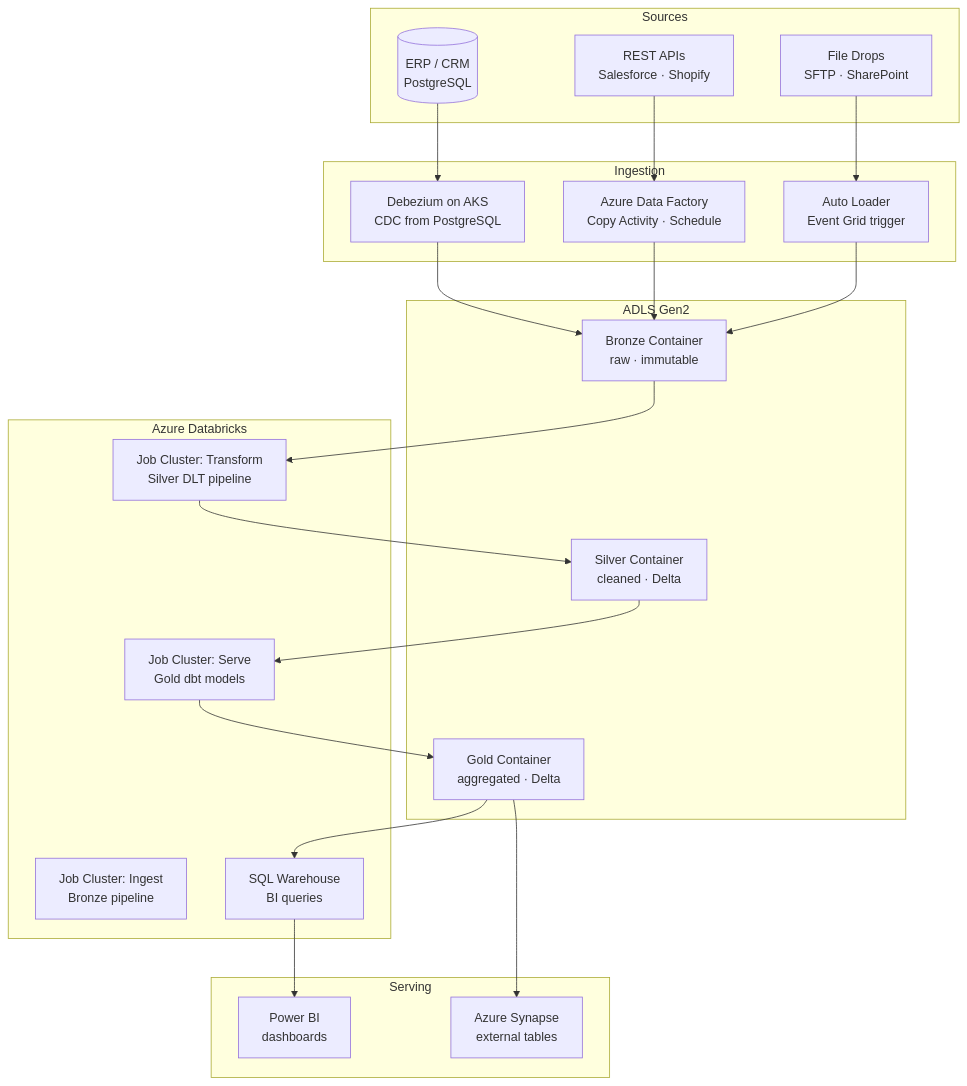
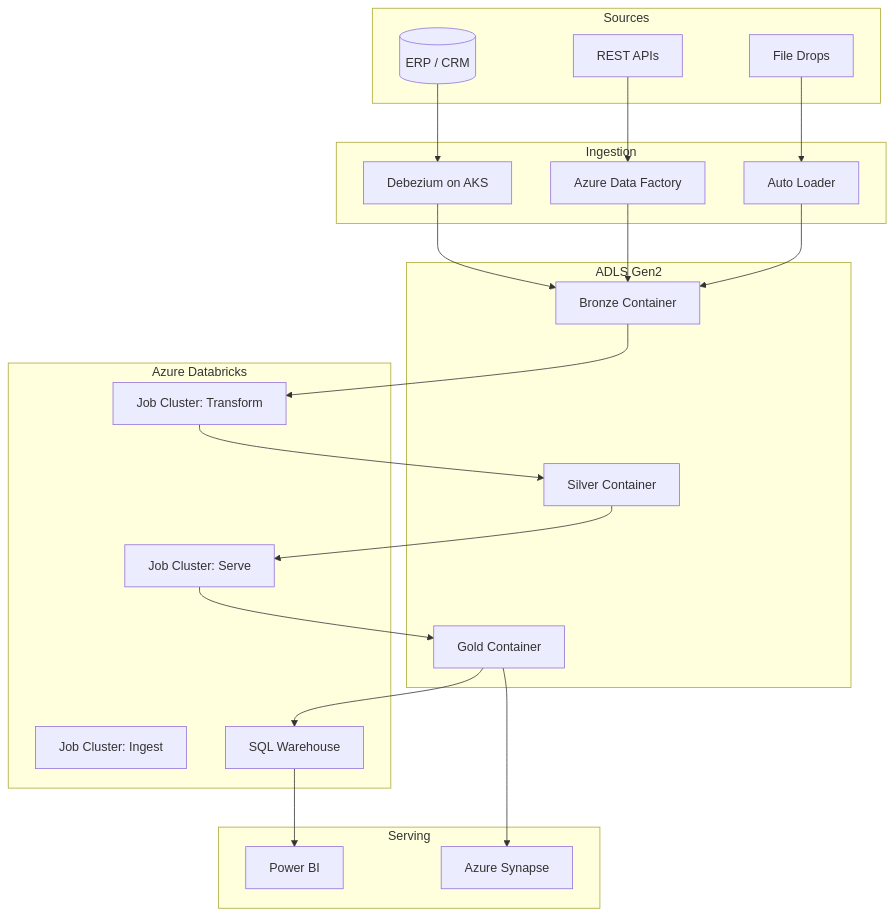
One commit to gcmishra7/data-engineering-helper changed the first of 4 diagrams in 05-databricks/10-reference-architectures.md. Above: the diagram before and after it, drawn with Mermaid. The commit also changed other lines of this file and 57 other files, not shown here.

First line of the commit message:
Shorten mermaid node labels to fix text truncation on GitHub

````diff
--- a/05-databricks/10-reference-architectures.md
+++ b/05-databricks/10-reference-architectures.md
@@ -8,40 +8,40 @@
 ```mermaid
 graph TD
     subgraph Sources
-        DB1[(ERP / CRM<br/>PostgreSQL)]
-        API[REST APIs<br/>Salesforce · Shopify]
-        FILES[File Drops<br/>SFTP · SharePoint]
+        DB1[(ERP / CRM)]
+        API[REST APIs]
+        FILES[File Drops]
     end
 
     subgraph Ingestion
-        ADF[Azure Data Factory<br/>Copy Activity · Schedule]
-        DBZ[Debezium on AKS<br/>CDC from PostgreSQL]
-        AUTO[Auto Loader<br/>Event Grid trigger]
+        ADF[Azure Data Factory]
+        DBZ[Debezium on AKS]
+        AUTO[Auto Loader]
     end
 
     subgraph Storage[ADLS Gen2]
-        BRONZE[Bronze Container<br/>raw · immutable]
-        SILVER[Silver Container<br/>cleaned · Delta]
-        GOLD[Gold Container<br/>aggregated · Delta]
+        BRONZE[Bronze Container]
+        SILVER[Silver Container]
+        GOLD[Gold Container]
     end
 
     subgraph Compute[Azure Databricks]
-        JOB1[Job Cluster: Ingest<br/>Bronze pipeline]
-        JOB2[Job Cluster: Transform<br/>Silver DLT pipeline]
-        JOB3[Job Cluster: Serve<br/>Gold dbt models]
-        SQL[SQL Warehouse<br/>BI queries]
+        JOB1[Job Cluster: Ingest]
+        JOB2[Job Cluster: Transform]
+        JOB3[Job Cluster: Serve]
+        SQL[SQL Warehouse]
     end
 
     subgraph Serving
-        PBI[Power BI<br/>dashboards]
-        SYNAPSE[Azure Synapse<br/>external tables]
+        PBI[Power BI]
+        SYNAPSE[Azure Synapse]
     end
 
     DB1 --> DBZ --> BRONZE
     API --> ADF --> BRONZE
     FILES --> AUTO --> BRONZE
     BRONZE --> JOB2 --> SILVER
     SILVER --> JOB3 --> GOLD
     GOLD --> SQL --> PBI
     GOLD --> SYNAPSE
 ```
````
